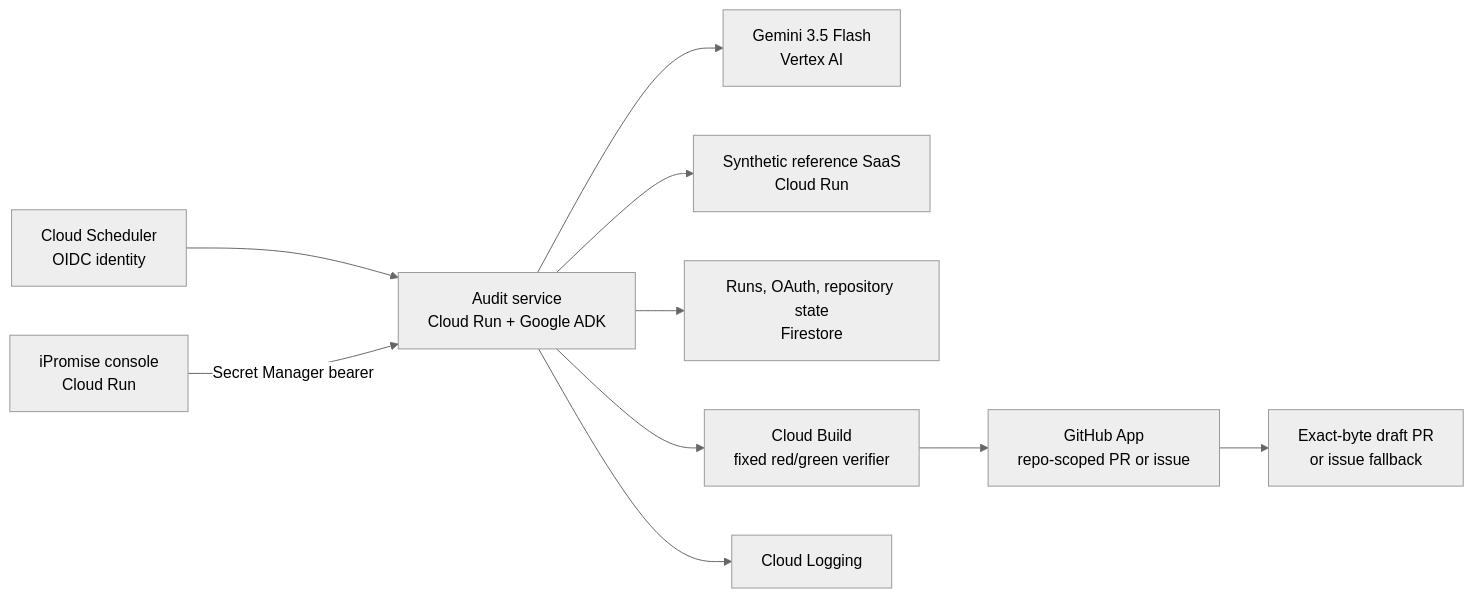
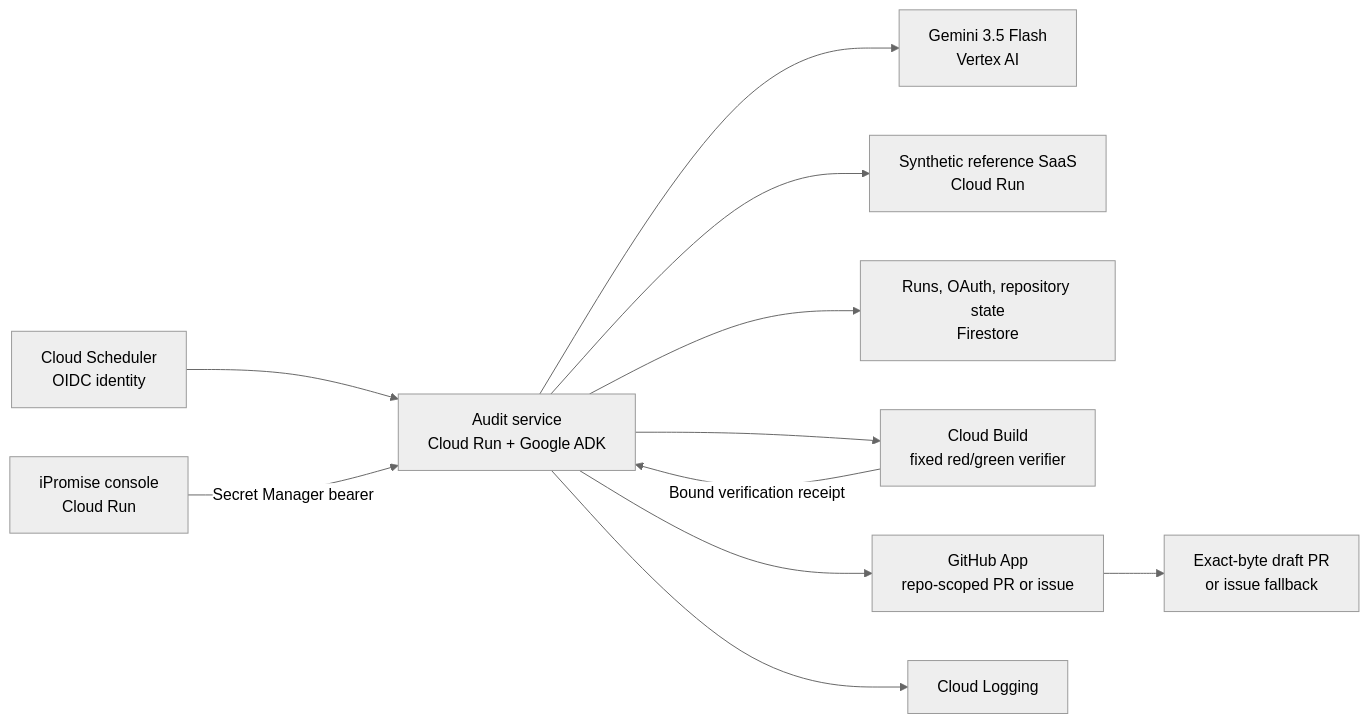
One commit to kostakarathana/iPromise changed the first of 2 diagrams in docs/architecture.md. Above: the diagram before and after it, drawn with Mermaid (neutral theme). The commit also changed other lines of this file and 10 other files, not shown here.

````diff
--- a/docs/architecture.md
+++ b/docs/architecture.md
@@ -17,12 +22,13 @@
 ```mermaid
 flowchart LR
     scheduler["Cloud Scheduler<br/>OIDC identity"] --> agent["Audit service<br/>Cloud Run + Google ADK"]
     console["iPromise console<br/>Cloud Run"] -->|"Secret Manager bearer"| agent
     agent --> model["Gemini 3.5 Flash<br/>Vertex AI"]
     agent --> target["Synthetic reference SaaS<br/>Cloud Run"]
     agent --> state["Runs, OAuth, repository state<br/>Firestore"]
     agent --> verifier["Cloud Build<br/>fixed red/green verifier"]
-    verifier --> github["GitHub App<br/>repo-scoped PR or issue"]
+    verifier -->|"Bound verification receipt"| agent
+    agent --> github["GitHub App<br/>repo-scoped PR or issue"]
     github --> pr["Exact-byte draft PR<br/>or issue fallback"]
     agent --> telemetry["Cloud Logging"]
 ```
````
